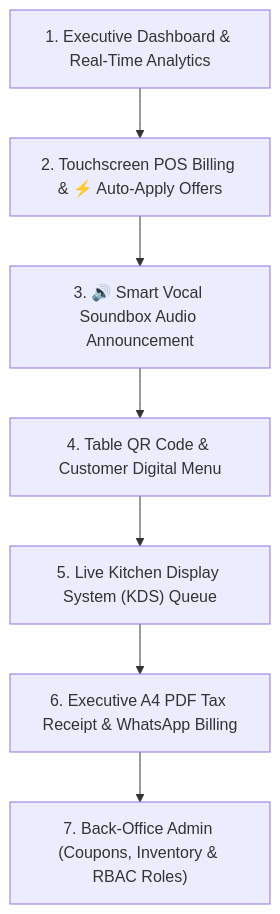
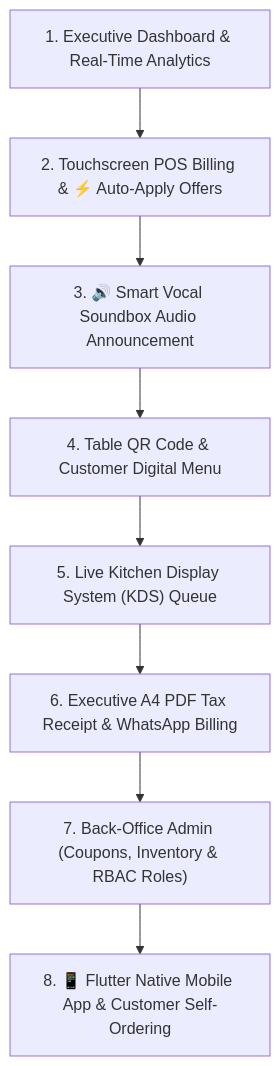
Before and after one commit to Shubh-Patel-07/DineFlow-AI: the diagram in README.md, drawn with Mermaid.

Commit message:
docs: Update Mermaid architecture flowchart in README.md to include Flutter Native Mobile App & Customer Self-Ordering node

````diff
--- a/README.md
+++ b/README.md
@@ -17,9 +17,10 @@
 ```mermaid
 graph TD
     A["1. Executive Dashboard & Real-Time Analytics"] --> B["2. Touchscreen POS Billing & ⚡ Auto-Apply Offers"]
     B --> C["3. 🔊 Smart Vocal Soundbox Audio Announcement"]
     C --> D["4. Table QR Code & Customer Digital Menu"]
     D --> E["5. Live Kitchen Display System (KDS) Queue"]
     E --> F["6. Executive A4 PDF Tax Receipt & WhatsApp Billing"]
     F --> G["7. Back-Office Admin (Coupons, Inventory & RBAC Roles)"]
+    G --> H["8. 📱 Flutter Native Mobile App & Customer Self-Ordering"]
 ```
````
